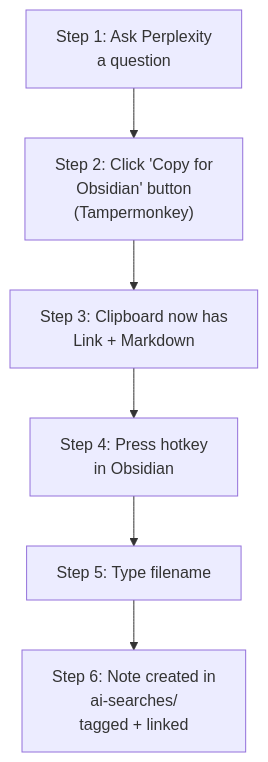
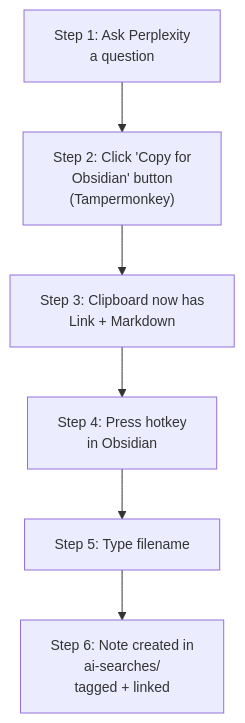
One commit to notuntoward/obsidian-perplexity-saver changed the diagram in README.md. Above: the diagram before and after it, drawn with Mermaid.

Commit message:
smaller fonts in the README mermaid chart

````diff
--- a/README.md
+++ b/README.md
@@ -8,8 +8,14 @@
 ```mermaid
 flowchart TD
     A["Step 1: Ask Perplexity<br/>a question"] --> B["Step 2: Click 'Copy for<br/>Obsidian' button<br/>(Tampermonkey)"]
     B --> C["Step 3: Clipboard now has<br/>Link + Markdown"]
     C --> D["Step 4: Press hotkey<br/>in Obsidian"]
     D --> E["Step 5: Type filename"]
     E --> F["Step 6: Note created in<br/>ai-searches/<br/>tagged + linked"]
+
+    %% Define the smaller font style
+    classDef smallFont font-size:14px;
+    
+    %% Assign the style to all nodes at once
+    class A,B,C,D,E,F smallFont;
 ```
````
